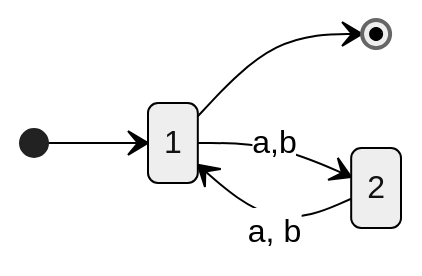
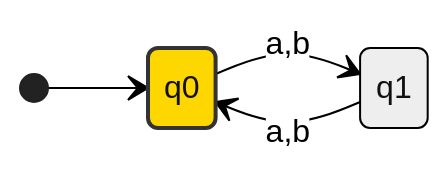
One commit to aarnphm/aarnphm.github.io changed the third of 7 diagrams in content/thoughts/university/twenty-three-twenty-four/sfwr-2fa3/DFA.md. Above: the diagram before and after it, drawn with Mermaid (neutral theme). The commit also changed other lines of this file and 32 other files, not shown here.

````diff
--- a/content/thoughts/university/twenty-three-twenty-four/sfwr-2fa3/DFA.md
+++ b/content/thoughts/university/twenty-three-twenty-four/sfwr-2fa3/DFA.md
@@ -113,8 +132,16 @@
 ```mermaid
 stateDiagram-v2
-	direction LR
-  [*] --> 1
-  1 --> [*]
-  1 --> 2 : a,b
-  2 --> 1 : a, b
+    direction LR
+    classDef accepting fill:#4CAF50,stroke:#333,stroke-width:2px
+    classDef start fill:#FFD700,stroke:#333,stroke-width:2px
+
+    s0: q0
+    s1: q1
+
+    [*] --> s0
+    s0 --> s1: a,b
+    s1 --> s0: a,b
+
+    class s0 accepting
+    class s0 start
 ```
````
